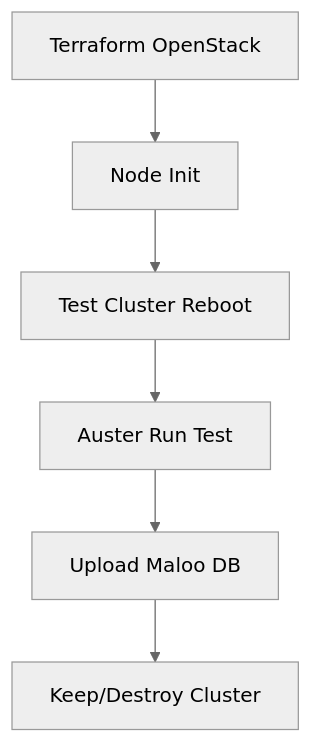
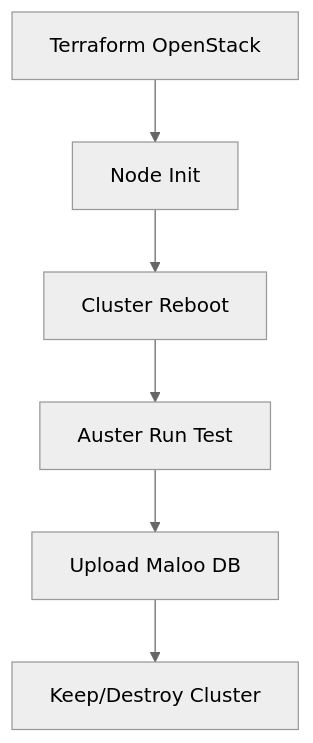
One commit to kevinzs2048/devbox changed the first of 3 diagrams in lustre/builder/README.md. Above: the diagram before and after it, drawn with Mermaid (neutral theme). The commit also changed other lines of this file, not shown here.

Commit message:
add flow chart of Lustre builder

````diff
--- a/lustre/builder/README.md
+++ b/lustre/builder/README.md
@@ -7,8 +7,8 @@
 ```mermaid
 graph TD
 A[Terraform OpenStack]-->B[Node Init]
-B-->C[Test Cluster Reboot]
+B-->C[Cluster Reboot]
 C-->D[Auster Run Test]
 D-->E[Upload Maloo DB]
 E-->F[Keep/Destroy Cluster]
 ```
````
